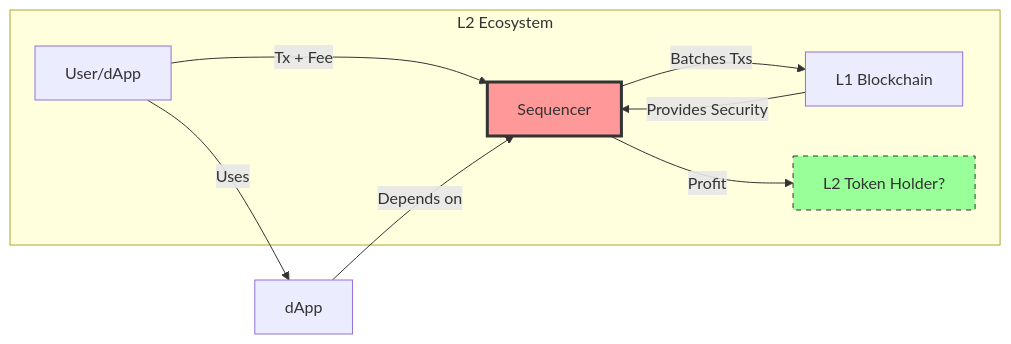
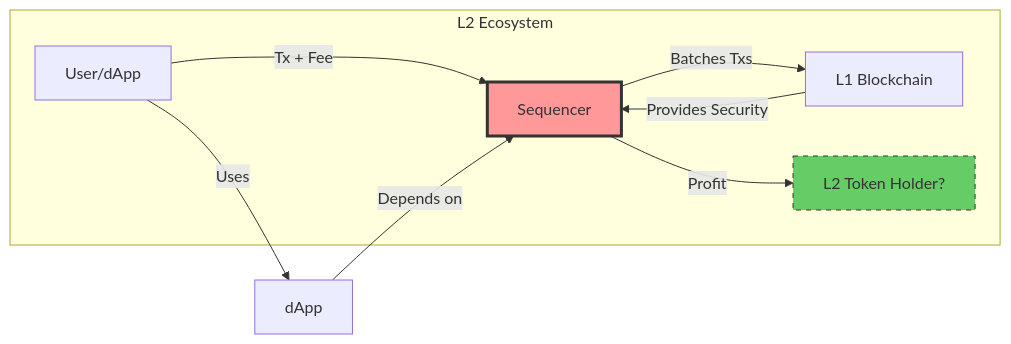
Diagram 16 of 16 in Industry/Blockchain/Blockchain/ValueChain/QA_DeepSeek.md (ljg-cqu/knowledge), drawn with Mermaid before and after one commit. The commit also changed other lines of this file and 6 other files, not shown here.

````diff
--- a/Industry/Blockchain/Blockchain/ValueChain/QA_DeepSeek.md
+++ b/Industry/Blockchain/Blockchain/ValueChain/QA_DeepSeek.md
@@ -1418,15 +1418,15 @@
 ```mermaid
 graph LR
     subgraph L2 Ecosystem
         A[User/dApp] -- Tx + Fee --> B[Sequencer];
         B -- Batches Txs --> C[L1 Blockchain];
         C -- Provides Security --> B;
         B -- Profit --> D[L2 Token Holder?];
     end
 
     A -- Uses --> E[dApp];
     E -- Depends on --> B;
 
     style B fill:#f99,stroke:#333,stroke-width:3px
-    style D fill:#9f9,stroke:#333,stroke-width:1px,stroke-dasharray: 5 5
+    style D fill:#6c6,stroke:#333,stroke-width:1px,stroke-dasharray: 5 5
 ```
````
